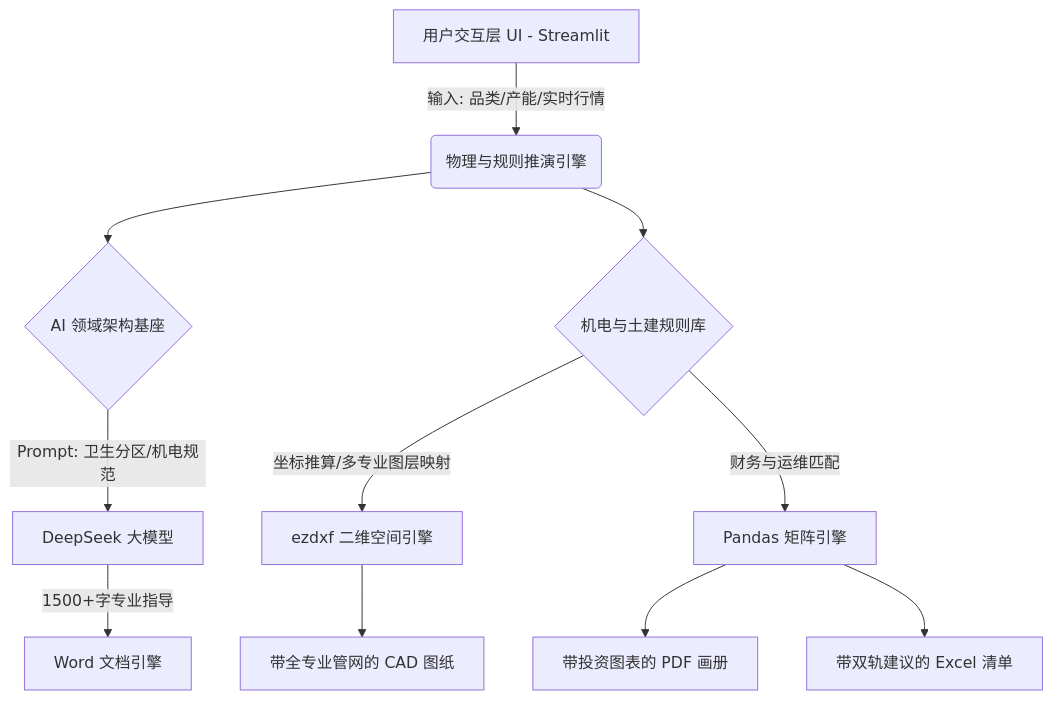
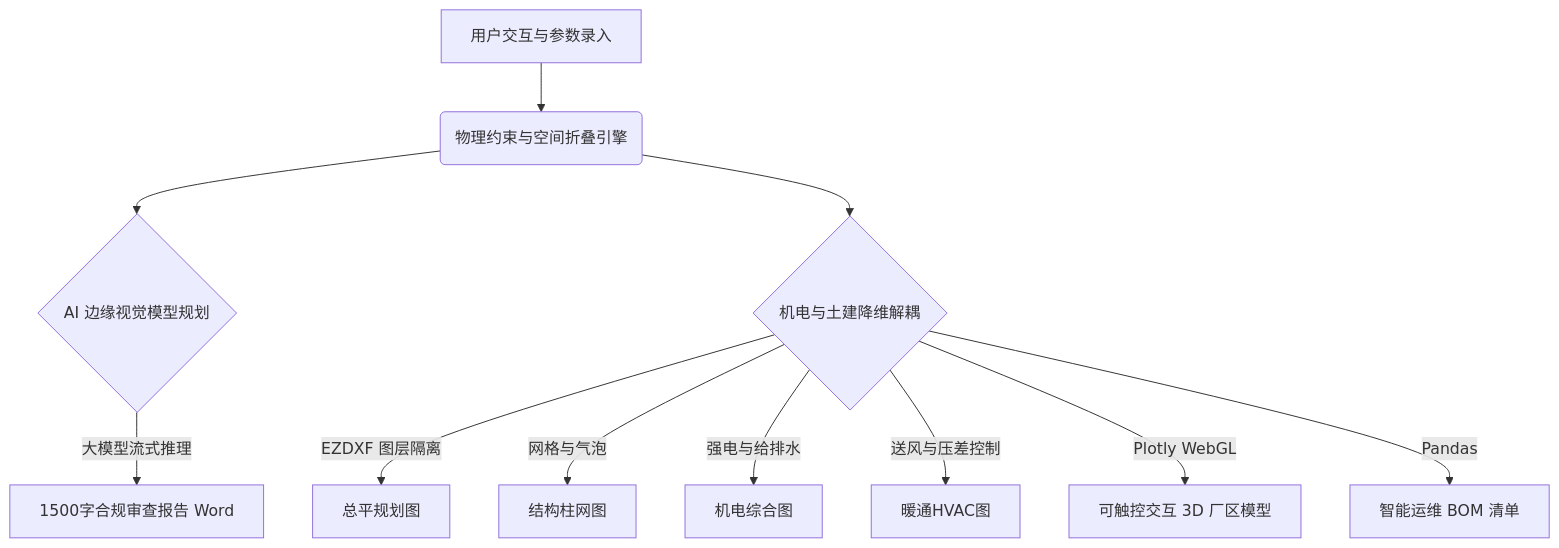
One commit to lzlin3459-hash/Food-Factory-AI-Designer changed the diagram in README.md. Above: the diagram before and after it, drawn with Mermaid. The commit also changed other lines of this file and 5 other files, not shown here.

````diff
--- a/README.md
+++ b/README.md
@@ -35,17 +20,16 @@
 ```mermaid
 graph TD
-    A[用户交互层 UI - Streamlit] -->|输入: 品类/产能/实时行情| B(物理与规则推演引擎)
+    A[用户交互与参数录入] --> B(物理约束与空间折叠引擎)
+    B --> C{AI 边缘视觉模型规划}
+    B --> D{机电与土建降维解耦}
     
-    B --> C{AI 领域架构基座}
-    B --> D{机电与土建规则库}
+    C -->|大模型流式推理| E[1500字合规审查报告 Word]
     
-    C -->|Prompt: 卫生分区/机电规范| E[DeepSeek 大模型]
-    E -->|1500+字专业指导| F[Word 文档引擎]
+    D -->|EZDXF 图层隔离| F1[总平规划图]
+    D -->|网格与气泡| F2[结构柱网图]
+    D -->|强电与给排水| F3[机电综合图]
+    D -->|送风与压差控制| F4[暖通HVAC图]
     
-    D -->|坐标推算/多专业图层映射| G[ezdxf 二维空间引擎]
-    D -->|财务与运维匹配| H[Pandas 矩阵引擎]
-    
-    G --> I[带全专业管网的 CAD 图纸]
-    H --> J[带投资图表的 PDF 画册]
-    H --> K[带双轨建议的 Excel 清单]
+    D -->|Plotly WebGL| G[可触控交互 3D 厂区模型]
+    D -->|Pandas| H[智能运维 BOM 清单]
 ```
````
